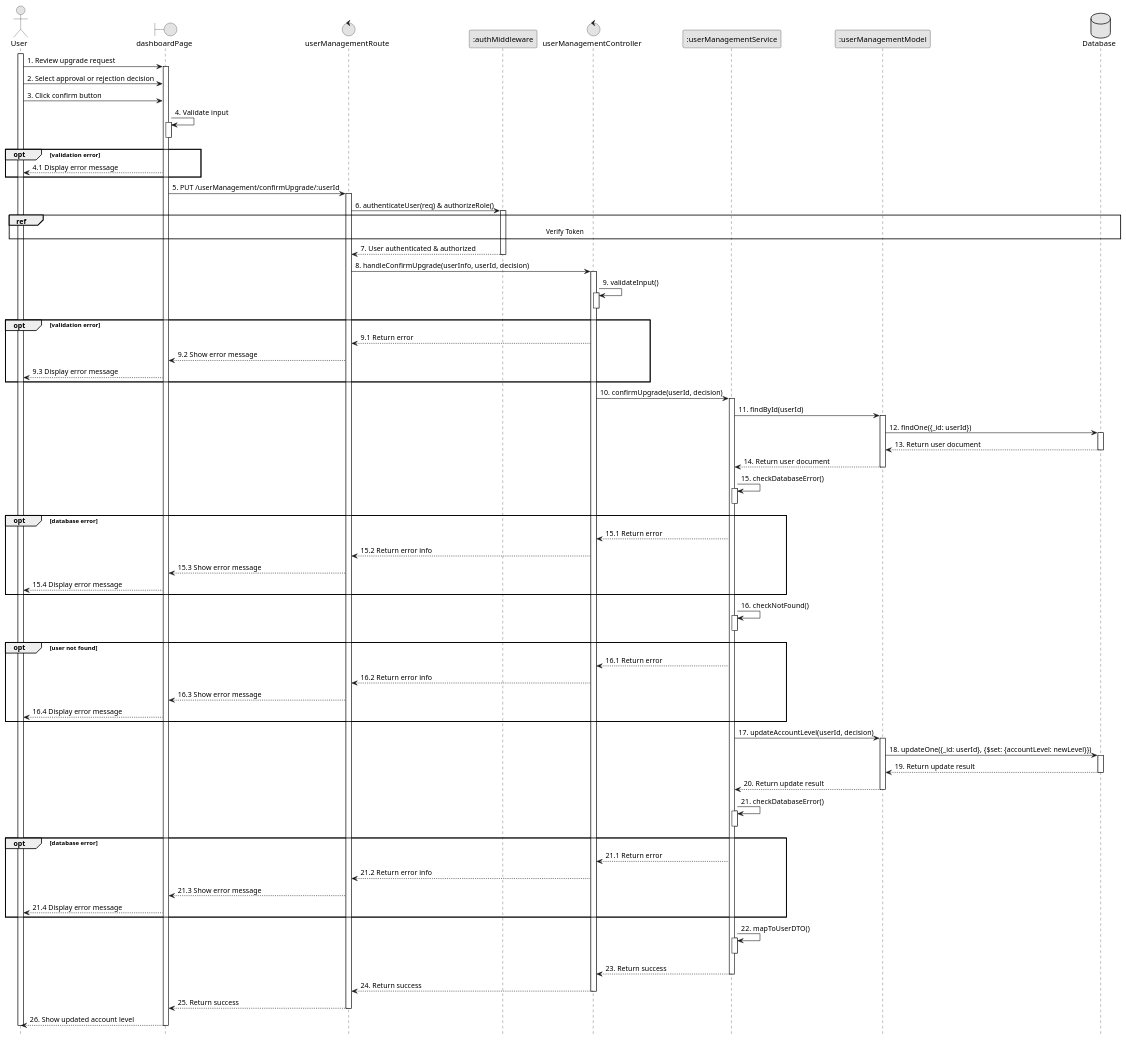
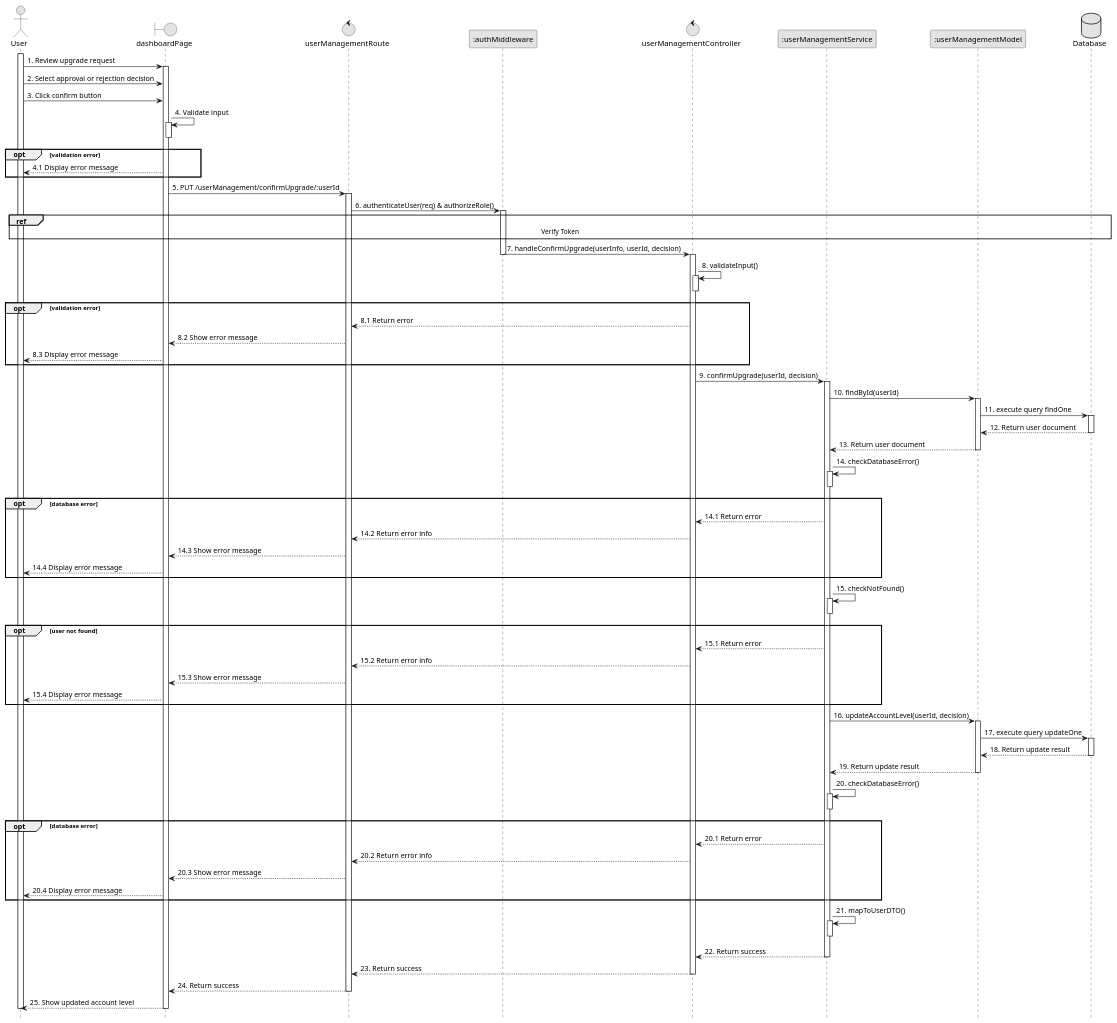
Before and after one commit to VietDurian/VietDurian: the diagram in planuml/web/12.5_confirmUpgrade.puml, drawn with PlantUML. The commit also changed 22 other files, not shown here.

Commit message:
ViVLT: Edit sequences

```diff
--- a/planuml/web/12.5_confirmUpgrade.puml
+++ b/planuml/web/12.5_confirmUpgrade.puml
@@ -1,103 +1,102 @@
 @startuml 12.5_confirmUpgrade
 skinparam monochrome true
 skinparam shadowing false
 skinparam sequenceArrowThickness 1
 hide footbox
 
 actor User
 boundary dashboardPage as UI
 control userManagementRoute as Route
 participant ":authMiddleware" as Middleware
 control userManagementController as Controller
 participant ":userManagementService" as Service
 participant ":userManagementModel" as Model
 database Database as DB
 
 activate User
 User -> UI : 1. Review upgrade request
 activate UI
 User -> UI : 2. Select approval or rejection decision
 User -> UI : 3. Click confirm button
 UI -> UI : 4. Validate input
 activate UI
 deactivate UI
 opt validation error
     UI --> User : 4.1 Display error message
 end
 UI -> Route : 5. PUT /userManagement/confirmUpgrade/:userId
 activate Route
 Route -> Middleware : 6. authenticateUser(req) & authorizeRole()
 activate Middleware
 ref over User, DB: Verify Token
-Middleware --> Route : 7. User authenticated & authorized
+Middleware -> Controller : 7. handleConfirmUpgrade(userInfo, userId, decision)
 deactivate Middleware
-Route -> Controller : 8. handleConfirmUpgrade(userInfo, userId, decision)
 activate Controller
-Controller -> Controller : 9. validateInput()
+Controller -> Controller : 8. validateInput()
 activate Controller
 deactivate Controller
 opt validation error
-    Controller --> Route : 9.1 Return error
-    Route --> UI : 9.2 Show error message
-    UI --> User : 9.3 Display error message
+    Controller --> Route : 8.1 Return error
+    Route --> UI : 8.2 Show error message
+    UI --> User : 8.3 Display error message
 end
-Controller -> Service : 10. confirmUpgrade(userId, decision)
+Controller -> Service : 9. confirmUpgrade(userId, decision)
 activate Service
-Service -> Model : 11. findById(userId)
+Service -> Model : 10. findById(userId)
 activate Model
-Model -> DB : 12. findOne({_id: userId})
+Model -> DB : 11. execute query findOne
 activate DB
-DB --> Model : 13. Return user document
+DB --> Model : 12. Return user document
 deactivate DB
-Model --> Service : 14. Return user document
+Model --> Service : 13. Return user document
 deactivate Model
-Service -> Service : 15. checkDatabaseError()
+Service -> Service : 14. checkDatabaseError()
 activate Service
 deactivate Service
 opt database error
+    Service --> Controller : 14.1 Return error
+    Controller --> Route : 14.2 Return error info
+    Route --> UI : 14.3 Show error message
+    UI --> User : 14.4 Display error message
+end
+Service -> Service : 15. checkNotFound()
+activate Service
+deactivate Service
+opt user not found
     Service --> Controller : 15.1 Return error
     Controller --> Route : 15.2 Return error info
     Route --> UI : 15.3 Show error message
     UI --> User : 15.4 Display error message
 end
-Service -> Service : 16. checkNotFound()
-activate Service
-deactivate Service
-opt user not found
-    Service --> Controller : 16.1 Return error
-    Controller --> Route : 16.2 Return error info
-    Route --> UI : 16.3 Show error message
-    UI --> User : 16.4 Display error message
-end
-Service -> Model : 17. updateAccountLevel(userId, decision)
+Service -> Model : 16. updateAccountLevel(userId, decision)
 activate Model
-Model -> DB : 18. updateOne({_id: userId}, {$set: {accountLevel: newLevel}})
+Model -> DB : 17. execute query updateOne
 activate DB
-DB --> Model : 19. Return update result
+DB --> Model : 18. Return update result
 deactivate DB
-Model --> Service : 20. Return update result
+Model --> Service : 19. Return update result
 deactivate Model
-Service -> Service : 21. checkDatabaseError()
+Service -> Service : 20. checkDatabaseError()
 activate Service
 deactivate Service
 opt database error
-    Service --> Controller : 21.1 Return error
-    Controller --> Route : 21.2 Return error info
-    Route --> UI : 21.3 Show error message
-    UI --> User : 21.4 Display error message
+    Service --> Controller : 20.1 Return error
+    Controller --> Route : 20.2 Return error info
+    Route --> UI : 20.3 Show error message
+    UI --> User : 20.4 Display error message
 end
-Service -> Service : 22. mapToUserDTO()
+Service -> Service : 21. mapToUserDTO()
 activate Service
 deactivate Service
-Service --> Controller : 23. Return success
+Service --> Controller : 22. Return success
 deactivate Service
-Controller --> Route : 24. Return success
+Controller --> Route : 23. Return success
 deactivate Controller
-Route --> UI : 25. Return success
+Route --> UI : 24. Return success
 deactivate Route
 
-UI --> User : 26. Show updated account level
+UI --> User : 25. Show updated account level
 deactivate UI
 deactivate User
 
 @enduml
```
